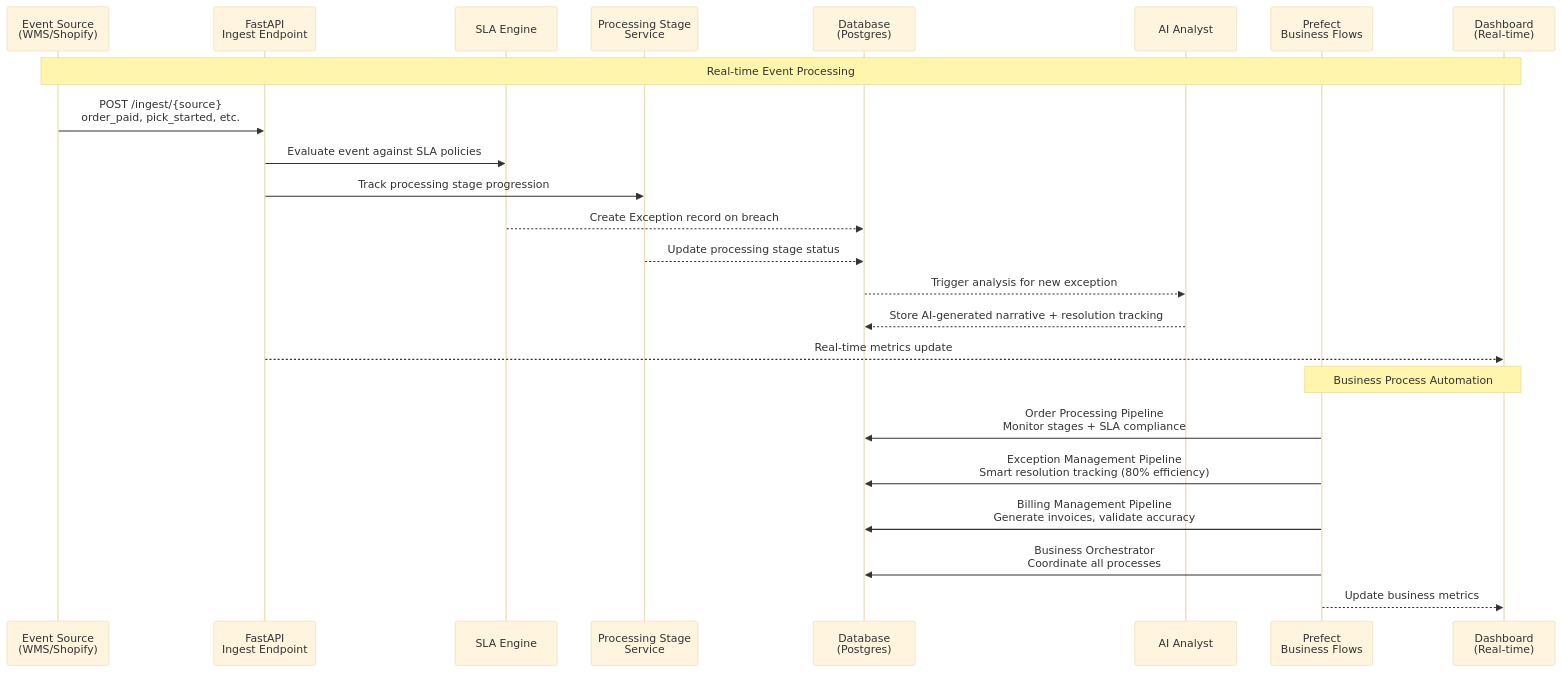
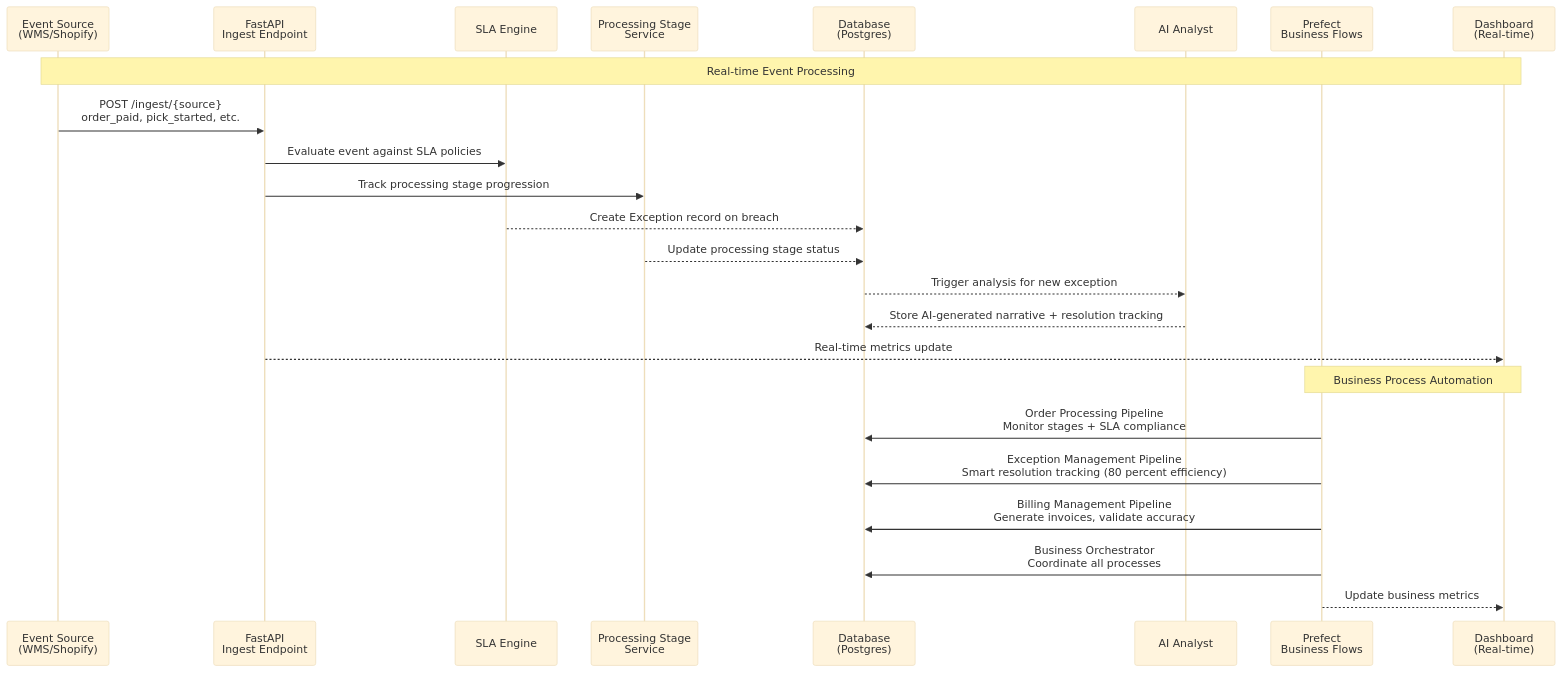
Before and after one commit to chernistry/e2a: the third of 4 diagrams in README.md, drawn with Mermaid (base theme). The commit also changed other lines of this file, not shown here.

````diff
--- a/README.md
+++ b/README.md
@@ -277,28 +277,28 @@
 ```mermaid
 sequenceDiagram
     participant Source as Event Source<br/>(WMS/Shopify)
     participant API as FastAPI<br/>Ingest Endpoint
     participant SLA as SLA Engine
     participant STAGE as Processing Stage<br/>Service
     participant DB as Database<br/>(Postgres)
     participant AI as AI Analyst
     participant Prefect as Prefect<br/>Business Flows
     participant Dashboard as Dashboard<br/>(Real-time)
 
     Note over Source,Dashboard: Real-time Event Processing
     Source->>API: POST /ingest/{source}<br/>order_paid, pick_started, etc.
     API->>SLA: Evaluate event against SLA policies
     API->>STAGE: Track processing stage progression
     SLA-->>DB: Create Exception record on breach
     STAGE-->>DB: Update processing stage status
     DB-->>AI: Trigger analysis for new exception
     AI-->>DB: Store AI-generated narrative + resolution tracking
     API-->>Dashboard: Real-time metrics update
     
     Note over Prefect,Dashboard: Business Process Automation
     Prefect->>DB: Order Processing Pipeline<br/>Monitor stages + SLA compliance
-    Prefect->>DB: Exception Management Pipeline<br/>Smart resolution tracking (80% efficiency)
+    Prefect->>DB: Exception Management Pipeline<br/>Smart resolution tracking (80 percent efficiency)
     Prefect->>DB: Billing Management Pipeline<br/>Generate invoices, validate accuracy
     Prefect->>DB: Business Orchestrator<br/>Coordinate all processes
     Prefect-->>Dashboard: Update business metrics
 ```
````
